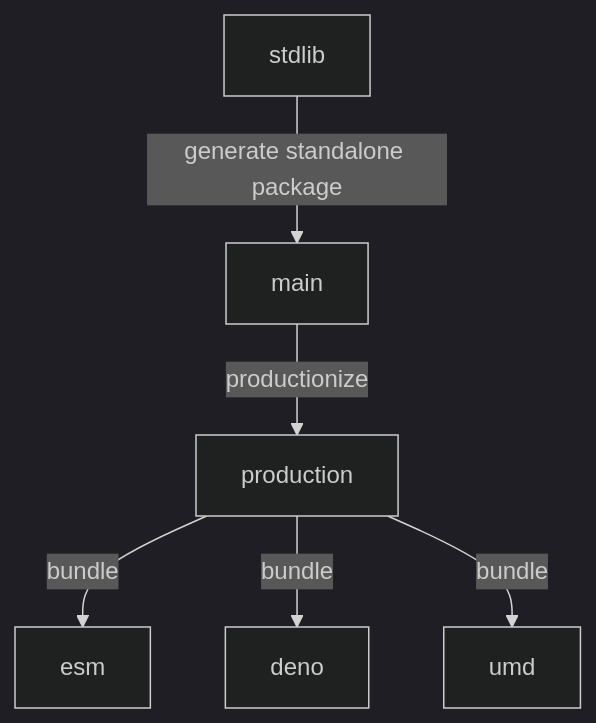
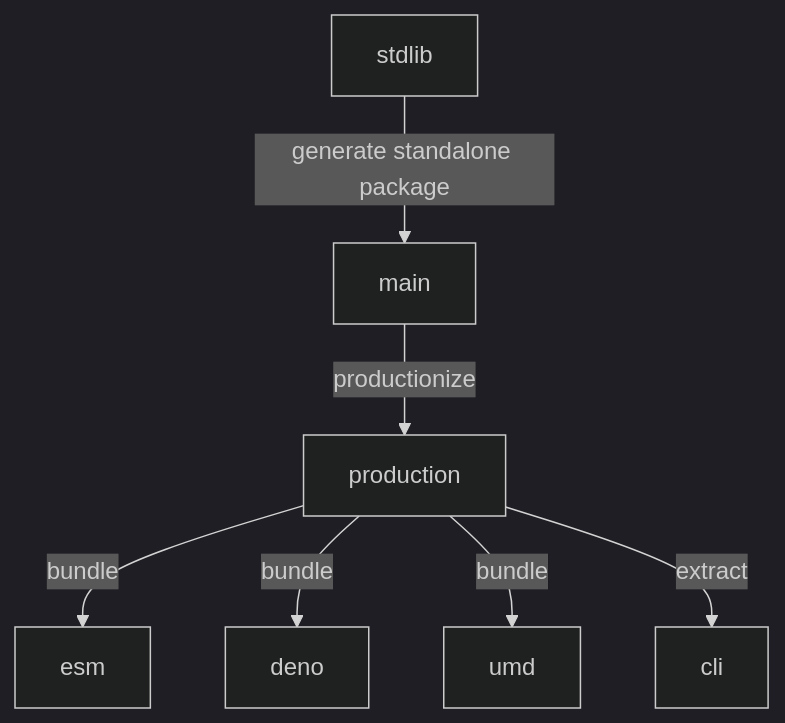
One commit to stdlib-js/assert-is-relative-path changed the diagram in branches.md. Above: the diagram before and after it, drawn with Mermaid (dark theme). The commit also changed other lines of this file and 8 other files, not shown here.

````diff
--- a/branches.md
+++ b/branches.md
@@ -33,15 +34,17 @@
 ```mermaid
 graph TD;
 A[stdlib]-->|generate standalone package|B;
 B[main] -->|productionize| C[production];
 C -->|bundle| D[esm];
 C -->|bundle| E[deno];
 C -->|bundle| F[umd];
+C -->|extract| G[cli];
 
-click A href "https://github.com/stdlib-js/stdlib/tree/develop/lib/node_modules/%40stdlib/assert/is-relative-path"
-click B href "https://github.com/stdlib-js/assert-is-relative-path/tree/main"
-click C href "https://github.com/stdlib-js/assert-is-relative-path/tree/production"
-click D href "https://github.com/stdlib-js/assert-is-relative-path/tree/esm"
-click E href "https://github.com/stdlib-js/assert-is-relative-path/tree/deno"
-click F href "https://github.com/stdlib-js/assert-is-relative-path/tree/umd"
+%% click A href "https://github.com/stdlib-js/stdlib/tree/develop/lib/node_modules/%40stdlib/assert/is-relative-path"
+%% click B href "https://github.com/stdlib-js/assert-is-relative-path/tree/main"
+%% click C href "https://github.com/stdlib-js/assert-is-relative-path/tree/production"
+%% click D href "https://github.com/stdlib-js/assert-is-relative-path/tree/esm"
+%% click E href "https://github.com/stdlib-js/assert-is-relative-path/tree/deno"
+%% click F href "https://github.com/stdlib-js/assert-is-relative-path/tree/umd"
+%% click G href "https://github.com/stdlib-js/assert-is-relative-path/tree/cli"
 ```
````
